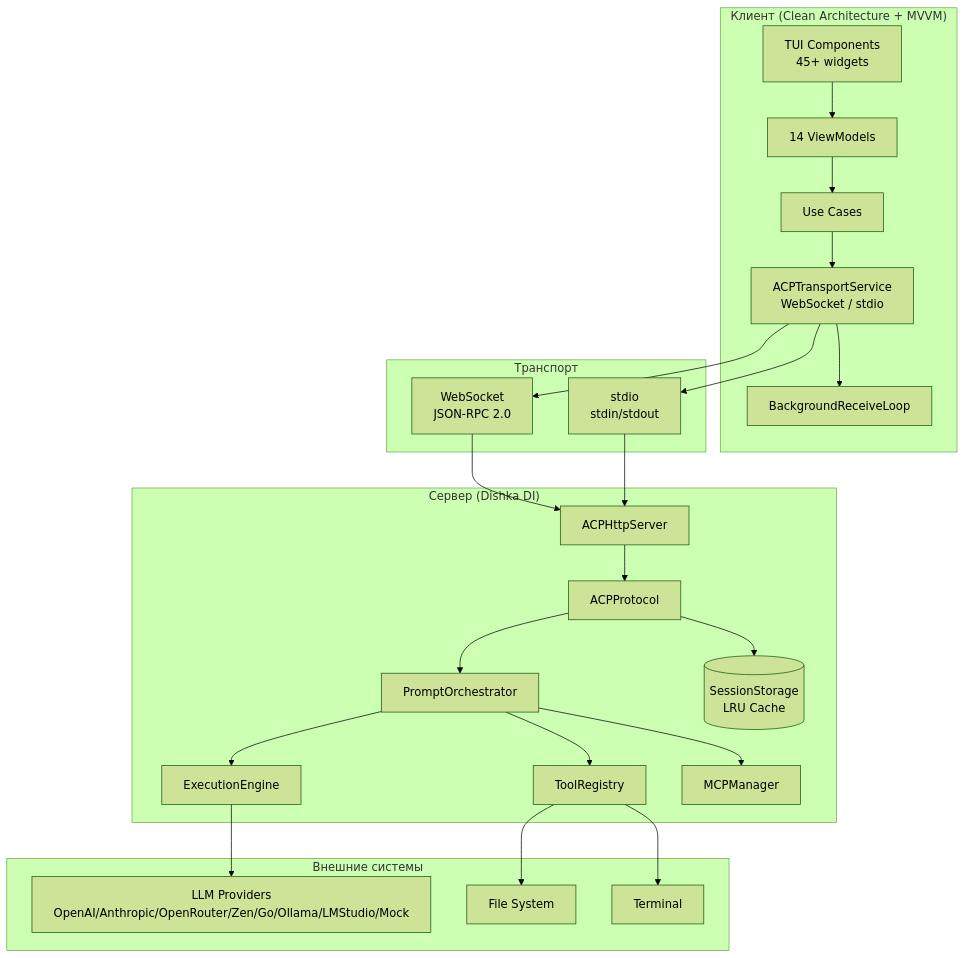
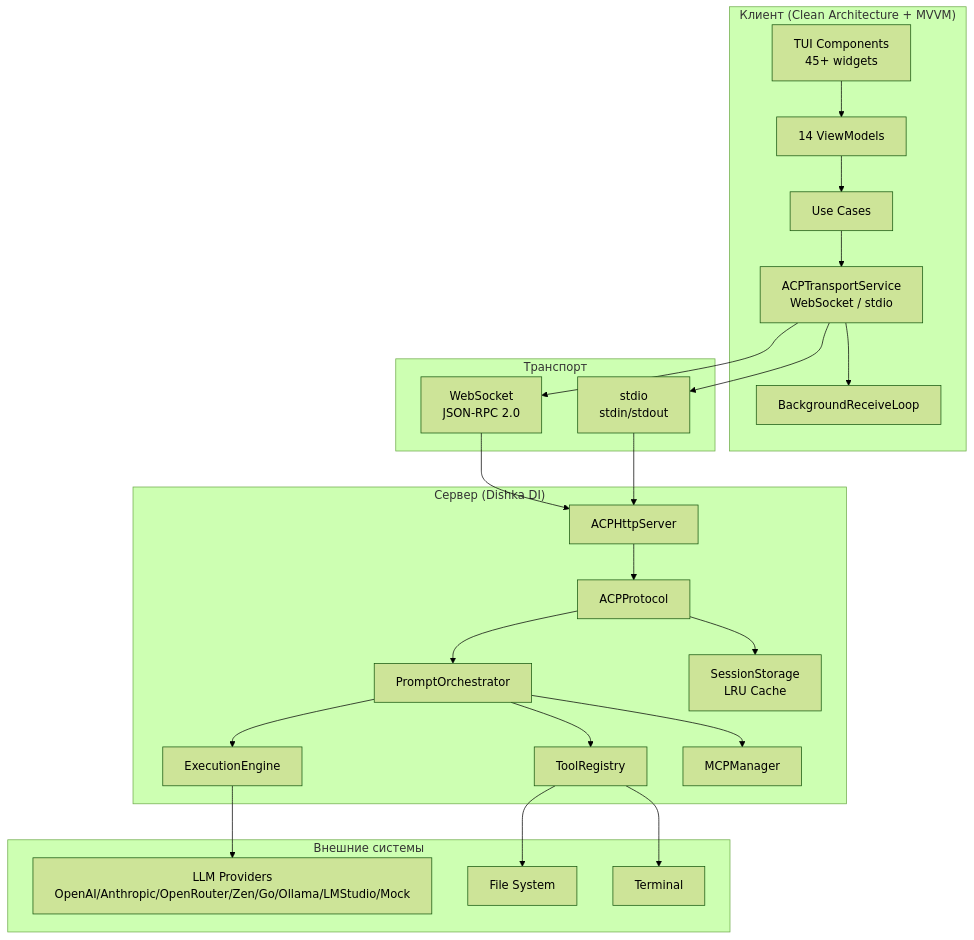
Before and after one commit to pese-git/codelab-agent: the first of 14 diagrams in doc/product/overview/02-architecture.md, drawn with Mermaid (forest theme). The commit also changed other lines of this file and 11 other files, not shown here.

First line of the commit message:
docs: fix Mermaid diagram syntax for proper rendering

````diff
--- a/doc/product/overview/02-architecture.md
+++ b/doc/product/overview/02-architecture.md
@@ -9,40 +9,40 @@
 ```mermaid
 graph TB
     subgraph Client["Клиент (Clean Architecture + MVVM)"]
-        TUI[TUI Components<br/>45+ widgets]
+        TUI["TUI Components<br/>45+ widgets"]
         VM[14 ViewModels]
         UC[Use Cases]
-        TS[ACPTransportService<br/>WebSocket / stdio]
+        TS["ACPTransportService<br/>WebSocket / stdio"]
         BgLoop[BackgroundReceiveLoop]
     end
     
     subgraph Transport["Транспорт"]
-        WS[WebSocket<br/>JSON-RPC 2.0]
-        STDIO[stdio<br/>stdin/stdout]
+        WS["WebSocket<br/>JSON-RPC 2.0"]
+        STDIO["stdio<br/>stdin/stdout"]
     end
     
     subgraph Server["Сервер (Dishka DI)"]
         HTTP[ACPHttpServer]
         AP[ACPProtocol]
         PO[PromptOrchestrator]
         EE[ExecutionEngine]
         TR[ToolRegistry]
         MCP[MCPManager]
-        Storage[(SessionStorage<br/>LRU Cache)]
+        Storage["SessionStorage<br/>LRU Cache"]
     end
     
     subgraph External["Внешние системы"]
-        LLM[LLM Providers<br/>OpenAI/Anthropic/OpenRouter/Zen/Go/Ollama/LMStudio/Mock]
+        LLM["LLM Providers<br/>OpenAI/Anthropic/OpenRouter/Zen/Go/Ollama/LMStudio/Mock"]
         FS[File System]
         TERM[Terminal]
     end
     
     TUI --> VM --> UC --> TS
     TS --> BgLoop
     TS --> WS & STDIO
     WS & STDIO --> HTTP --> AP --> PO
     PO --> EE --> LLM
     PO --> TR --> FS & TERM
     PO --> MCP
     AP --> Storage
 ```
````
